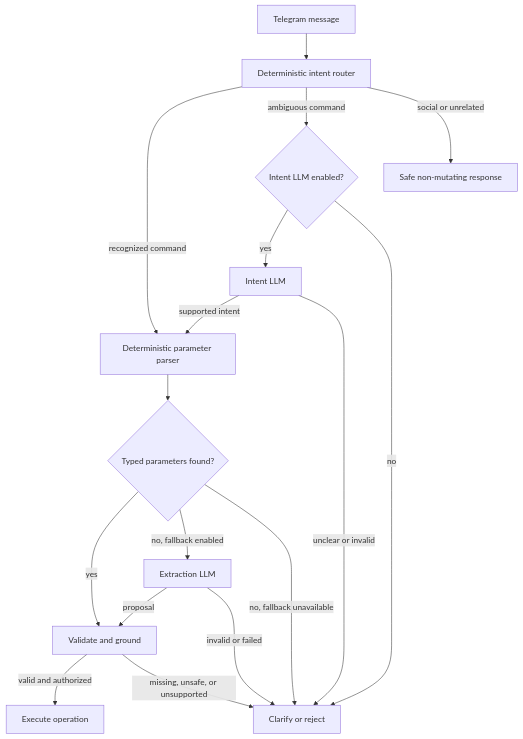
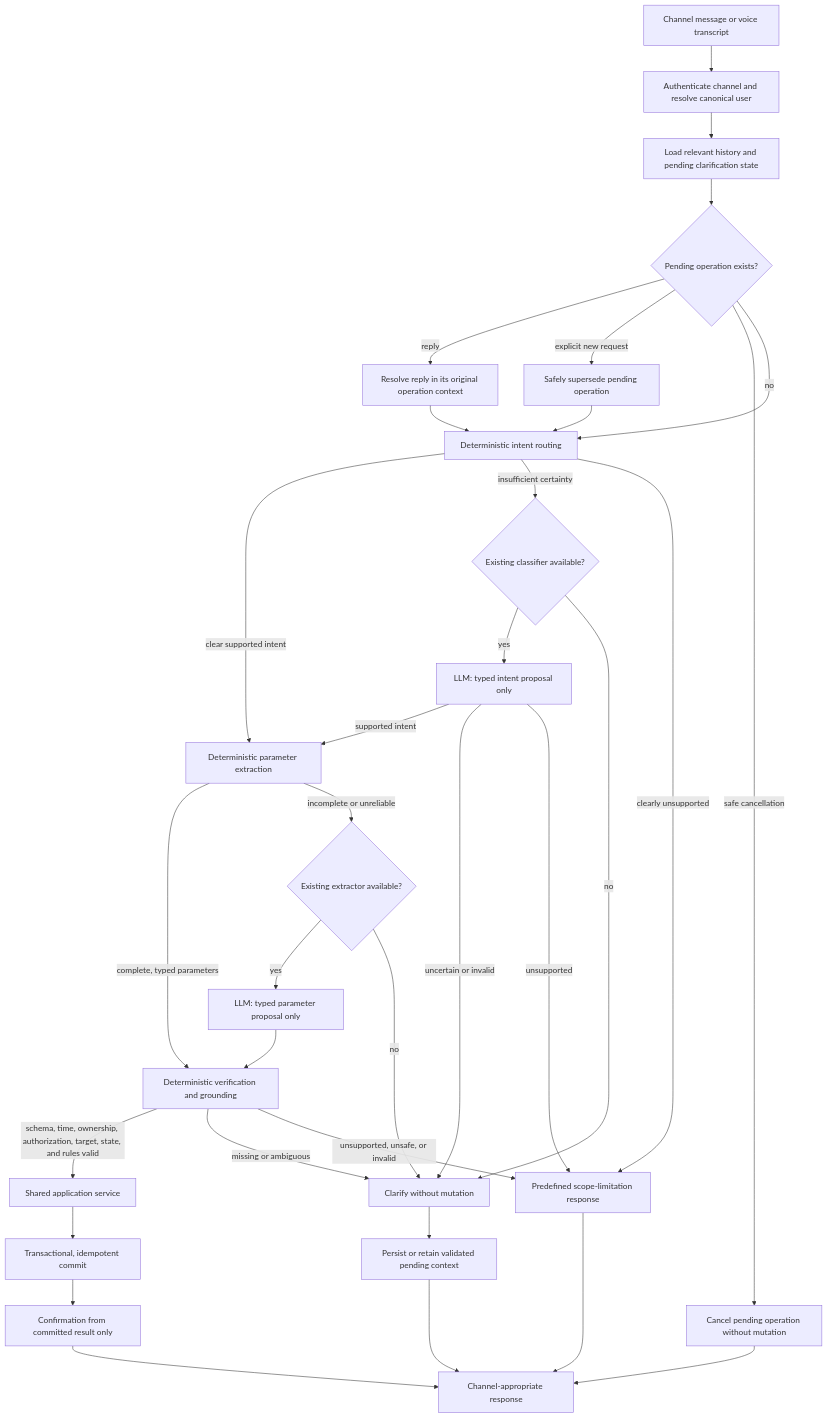
The eighth of 11 diagrams in docs/Architecture.md (mmaazkhanhere/memorae-challenge), drawn with Mermaid before and after one commit. The commit also changed other lines of this file and 2 other files, not shown here.

````diff
--- a/docs/Architecture.md
+++ b/docs/Architecture.md
@@ -1081,21 +1086,38 @@
 ```mermaid
 flowchart TD
-    MSG[Telegram message] --> ROUTER[Deterministic intent router]
-    ROUTER -->|recognized command| PARSE[Deterministic parameter parser]
-    ROUTER -->|ambiguous command| ROUTE{Intent LLM enabled?}
-    ROUTER -->|social or unrelated| SAFE[Safe non-mutating response]
-    ROUTE -->|yes| INTENT[Intent LLM]
-    ROUTE -->|no| RESP[Clarify or reject]
-    INTENT -->|supported intent| PARSE
-    INTENT -->|unclear or invalid| RESP
+    IN[Channel message or voice transcript] --> AUTH[Authenticate channel and resolve canonical user]
+    AUTH --> CONTEXT[Load relevant history and pending clarification state]
+    CONTEXT --> PENDING{Pending operation exists?}
+    PENDING -->|reply| CONTINUE[Resolve reply in its original operation context]
+    PENDING -->|explicit new request| SUPERSEDE[Safely supersede pending operation]
+    PENDING -->|safe cancellation| CANCEL[Cancel pending operation without mutation]
+    PENDING -->|no| ROUTER[Deterministic intent routing]
+    CONTINUE --> ROUTER
+    SUPERSEDE --> ROUTER
+    CANCEL --> RESPONSE[Channel-appropriate response]
 
-    PARSE --> PARAMS{Typed parameters found?}
-    PARAMS -->|yes| VALIDATE[Validate and ground]
-    PARAMS -->|no, fallback enabled| EXTRACT[Extraction LLM]
-    PARAMS -->|no, fallback unavailable| RESP
-    EXTRACT -->|proposal| VALIDATE
-    EXTRACT -->|invalid or failed| RESP
+    ROUTER -->|clear supported intent| PARSE[Deterministic parameter extraction]
+    ROUTER -->|insufficient certainty| CLASSIFY{Existing classifier available?}
+    ROUTER -->|clearly unsupported| SCOPE[Predefined scope-limitation response]
+    CLASSIFY -->|yes| LLM_INTENT[LLM: typed intent proposal only]
+    CLASSIFY -->|no| CLARIFY[Clarify without mutation]
+    LLM_INTENT -->|supported intent| PARSE
+    LLM_INTENT -->|uncertain or invalid| CLARIFY
+    LLM_INTENT -->|unsupported| SCOPE
 
-    VALIDATE -->|valid and authorized| EXECUTE[Execute operation]
-    VALIDATE -->|missing, unsafe, or unsupported| RESP
+    PARSE -->|complete, typed parameters| VERIFY[Deterministic verification and grounding]
+    PARSE -->|incomplete or unreliable| EXTRACT{Existing extractor available?}
+    EXTRACT -->|yes| LLM_EXTRACT[LLM: typed parameter proposal only]
+    EXTRACT -->|no| CLARIFY
+    LLM_EXTRACT --> VERIFY
+
+    VERIFY -->|schema, time, ownership, authorization, target, state, and rules valid| EXECUTE[Shared application service]
+    VERIFY -->|missing or ambiguous| CLARIFY
+    VERIFY -->|unsupported, unsafe, or invalid| SCOPE
+    EXECUTE --> COMMIT[Transactional, idempotent commit]
+    COMMIT --> CONFIRM[Confirmation from committed result only]
+    CLARIFY --> SAVE[Persist or retain validated pending context]
+    SAVE --> RESPONSE
+    SCOPE --> RESPONSE
+    CONFIRM --> RESPONSE
 ```
````
